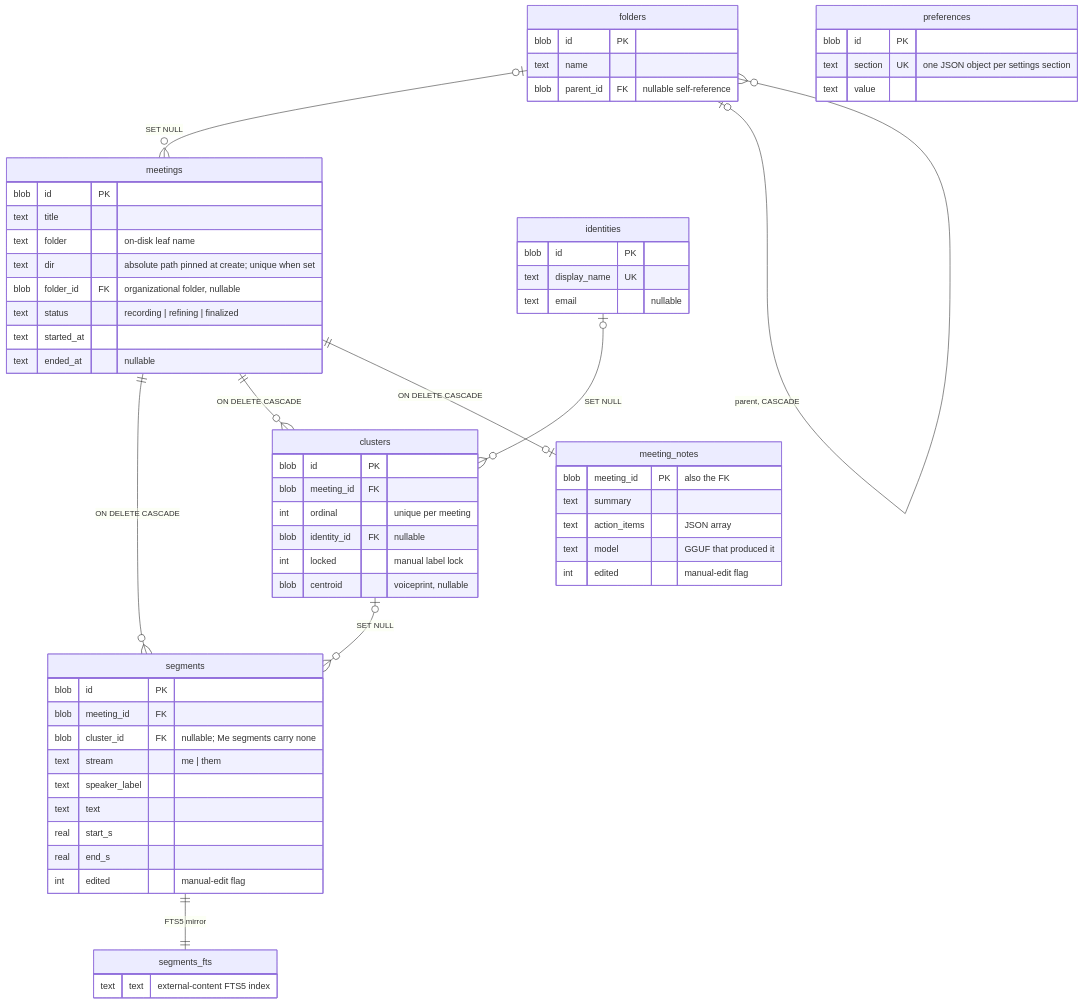
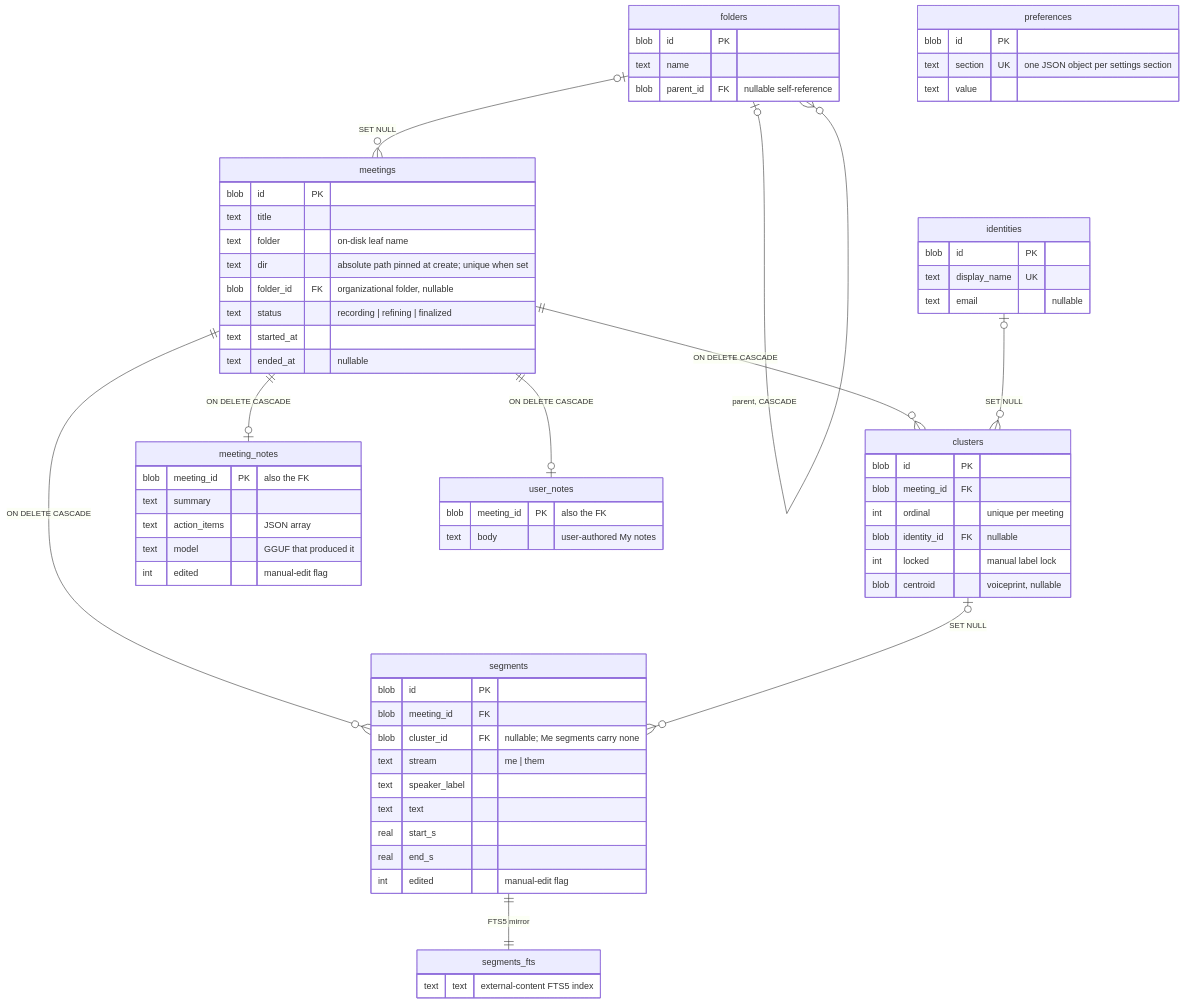
One commit to rwiseman87/hearsay changed the seventh of 7 diagrams in docs/architecture.md. Above: the diagram before and after it, drawn with Mermaid. The commit also changed other lines of this file and 10 other files, not shown here.

````diff
--- a/docs/architecture.md
+++ b/docs/architecture.md
@@ -383,66 +383,71 @@
 ```mermaid
 erDiagram
     meetings ||--o{ segments : "ON DELETE CASCADE"
     meetings ||--o{ clusters : "ON DELETE CASCADE"
     meetings ||--o| meeting_notes : "ON DELETE CASCADE"
+    meetings ||--o| user_notes : "ON DELETE CASCADE"
     clusters |o--o{ segments : "SET NULL"
     identities |o--o{ clusters : "SET NULL"
     folders |o--o{ meetings : "SET NULL"
     folders |o--o{ folders : "parent, CASCADE"
     segments ||--|| segments_fts : "FTS5 mirror"
 
     meetings {
         blob id PK
         text title
         text folder "on-disk leaf name"
         text dir "absolute path pinned at create; unique when set"
         blob folder_id FK "organizational folder, nullable"
         text status "recording | refining | finalized"
         text started_at
         text ended_at "nullable"
     }
     segments {
         blob id PK
         blob meeting_id FK
         blob cluster_id FK "nullable; Me segments carry none"
         text stream "me | them"
         text speaker_label
         text text
         real start_s
         real end_s
         int edited "manual-edit flag"
     }
     clusters {
         blob id PK
         blob meeting_id FK
         int ordinal "unique per meeting"
         blob identity_id FK "nullable"
         int locked "manual label lock"
         blob centroid "voiceprint, nullable"
     }
     identities {
         blob id PK
         text display_name UK
         text email "nullable"
     }
     folders {
         blob id PK
         text name
         blob parent_id FK "nullable self-reference"
     }
     meeting_notes {
         blob meeting_id PK "also the FK"
         text summary
         text action_items "JSON array"
         text model "GGUF that produced it"
         int edited "manual-edit flag"
     }
+    user_notes {
+        blob meeting_id PK "also the FK"
+        text body "user-authored My notes"
+    }
     preferences {
         blob id PK
         text section UK "one JSON object per settings section"
         text value
     }
     segments_fts {
         text text "external-content FTS5 index"
     }
 ```
````
